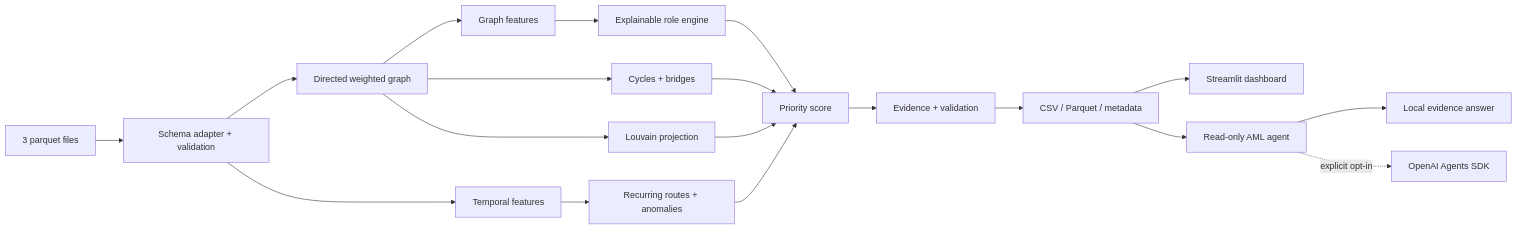
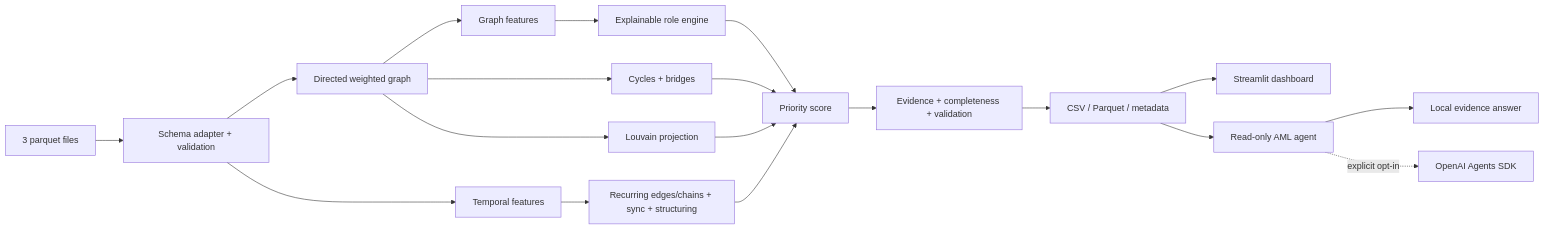
One commit to BAITC-Hacks/hack-31599fbc-brokyspace changed the diagram in docs/ARCHITECTURE.md. Above: the diagram before and after it, drawn with Mermaid. The commit also changed other lines of this file and 22 other files, not shown here.

````diff
--- a/docs/ARCHITECTURE.md
+++ b/docs/ARCHITECTURE.md
@@ -3,21 +3,21 @@
 ```mermaid
 flowchart LR
     A[3 parquet files] --> B[Schema adapter + validation]
     B --> C[Directed weighted graph]
     C --> D[Graph features]
     B --> E[Temporal features]
     C --> F[Cycles + bridges]
-    E --> G[Recurring routes + anomalies]
+    E --> G[Recurring edges/chains + sync + structuring]
     D --> H[Explainable role engine]
     C --> I[Louvain projection]
     F --> J[Priority score]
     G --> J
     H --> J
     I --> J
-    J --> K[Evidence + validation]
+    J --> K[Evidence + completeness + validation]
     K --> L[CSV / Parquet / metadata]
     L --> M[Streamlit dashboard]
     L --> N[Read-only AML agent]
     N --> O[Local evidence answer]
     N -. explicit opt-in .-> P[OpenAI Agents SDK]
 ```
````
